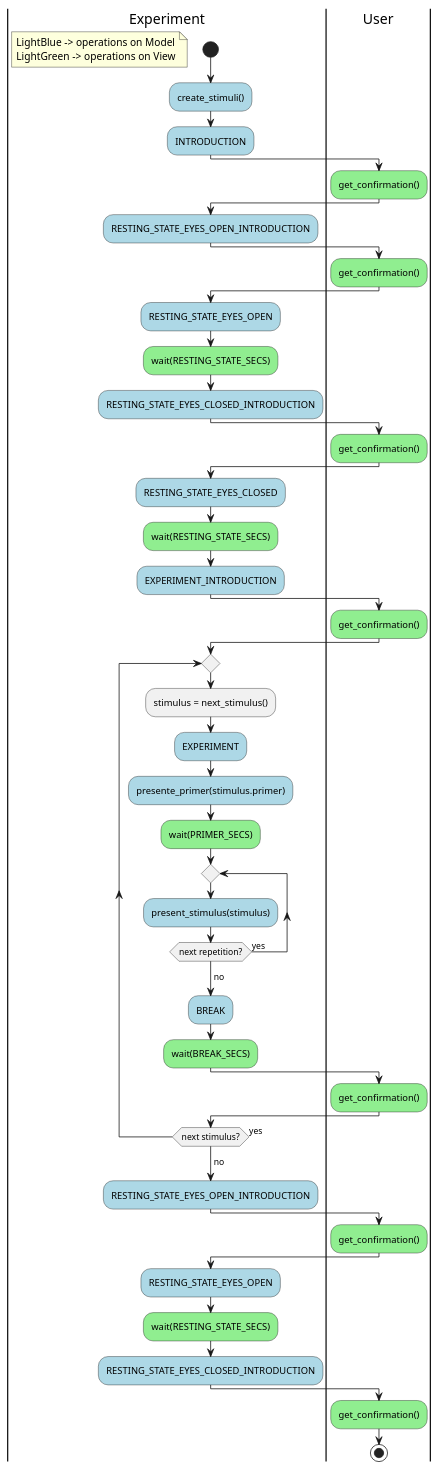
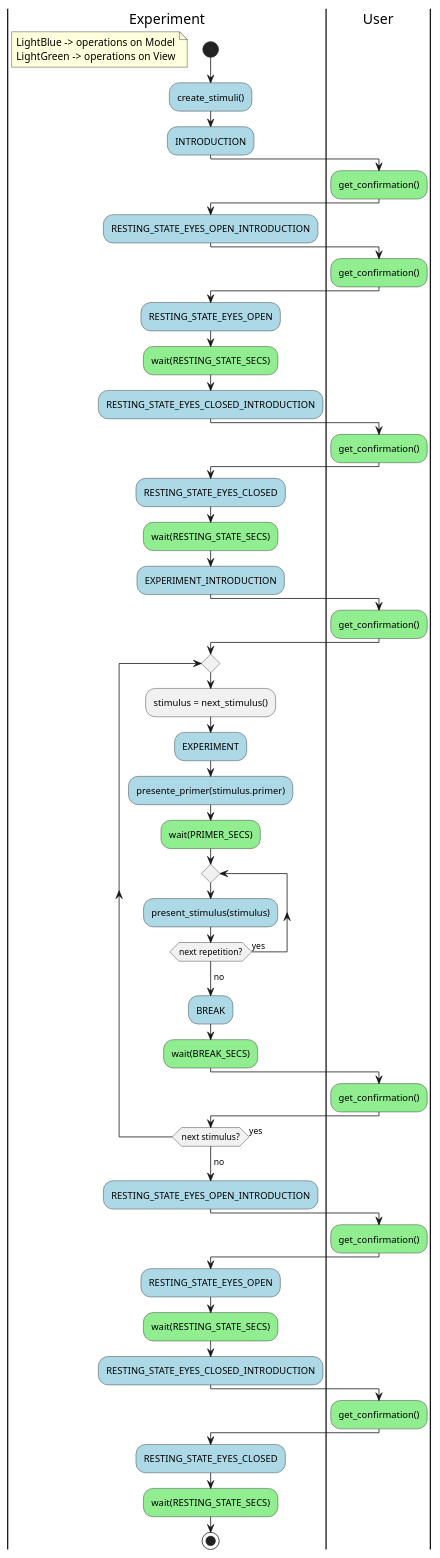
One commit to michalrzak/auditory-intention-decoding changed the diagram in diagrams/plantuml/activity/experiment_procedure.puml. Above: the diagram before and after it, drawn with PlantUML.

Commit message:
fixed experiment procedure (#65)

```diff
--- a/diagrams/plantuml/activity/experiment_procedure.puml
+++ b/diagrams/plantuml/activity/experiment_procedure.puml
@@ -1,75 +1,78 @@
 @startuml
 'https://plantuml.com/activity-diagram-beta
 
 |Experiment|
 start
 
 floating note
     LightBlue -> operations on Model
     LightGreen -> operations on View
 end note
 
 #LightBlue:create_stimuli();
 #LightBlue:INTRODUCTION;
 
 |User|
 #LightGreen:get_confirmation();
 
 |Experiment|
 #LightBlue:RESTING_STATE_EYES_OPEN_INTRODUCTION;
 |User|
 #LightGreen:get_confirmation();
 
 |Experiment|
 #LightBlue:RESTING_STATE_EYES_OPEN;
 #LightGreen:wait(RESTING_STATE_SECS);
 
 #LightBlue:RESTING_STATE_EYES_CLOSED_INTRODUCTION;
 |User|
 #LightGreen:get_confirmation();
 
 |Experiment|
 #LightBlue:RESTING_STATE_EYES_CLOSED;
 #LightGreen:wait(RESTING_STATE_SECS);
 
 #LightBlue:EXPERIMENT_INTRODUCTION;
 |User|
 #LightGreen:get_confirmation();
 
 |Experiment|
 repeat
     :stimulus = next_stimulus();
     #LightBlue:EXPERIMENT;
     #LightBlue:presente_primer(stimulus.primer);
     #LightGreen:wait(PRIMER_SECS);
 
     repeat
         #LightBlue:present_stimulus(stimulus);
     repeat while (next repetition?) is (yes)
     -> no;
 
     #LightBlue:BREAK;
     #LightGreen:wait(BREAK_SECS);
     |User|
     #LightGreen:get_confirmation();
 
     |Experiment|
 repeat while (next stimulus?) is (yes)
 -> no;
 
 |Experiment|
 #LightBlue:RESTING_STATE_EYES_OPEN_INTRODUCTION;
 |User|
 #LightGreen:get_confirmation();
 
 |Experiment|
 #LightBlue:RESTING_STATE_EYES_OPEN;
 #LightGreen:wait(RESTING_STATE_SECS);
 
 #LightBlue:RESTING_STATE_EYES_CLOSED_INTRODUCTION;
 |User|
 #LightGreen:get_confirmation();
 
+|Experiment|
+#LightBlue:RESTING_STATE_EYES_CLOSED;
+#LightGreen:wait(RESTING_STATE_SECS);
 stop
 
 @enduml
```
